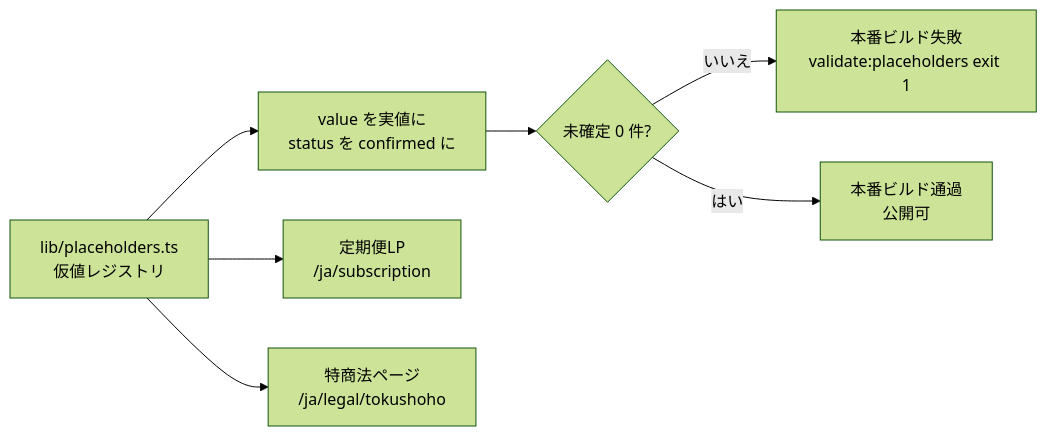
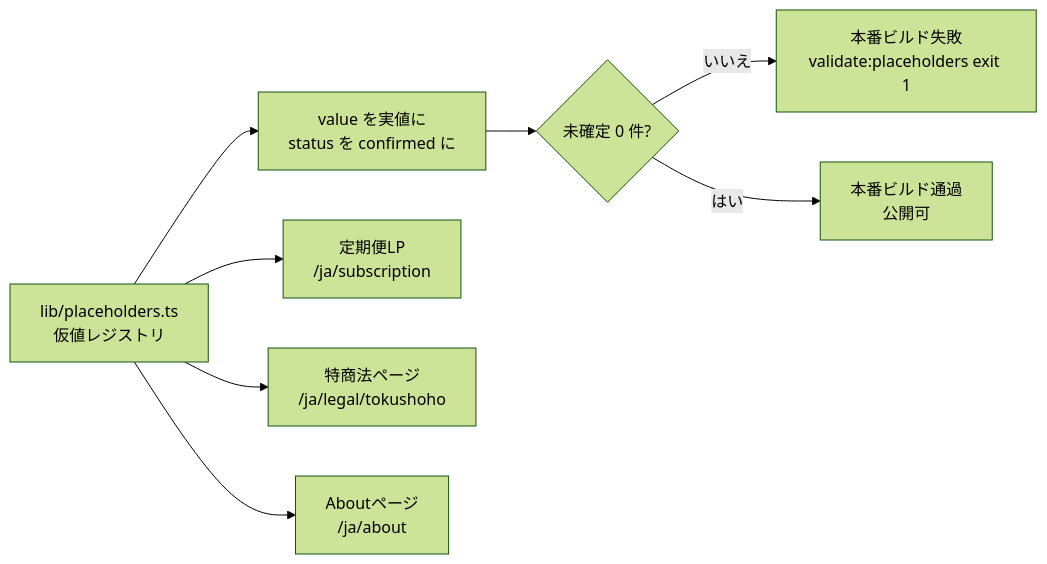
Before and after one commit to elxea/elxea-web-app: the diagram in docs/placeholders.md, drawn with Mermaid (forest theme). The commit also changed other lines of this file and 3 other files, not shown here.

````diff
--- a/docs/placeholders.md
+++ b/docs/placeholders.md
@@ -26,9 +27,10 @@
 ```mermaid
 flowchart LR
   A["lib/placeholders.ts<br/>仮値レジストリ"] --> B["value を実値に<br/>status を confirmed に"]
   B --> C{"未確定 0 件?"}
   C -- いいえ --> D["本番ビルド失敗<br/>validate:placeholders exit 1"]
   C -- はい --> E["本番ビルド通過<br/>公開可"]
   A --> F["定期便LP<br/>/ja/subscription"]
   A --> G["特商法ページ<br/>/ja/legal/tokushoho"]
+  A --> H["Aboutページ<br/>/ja/about"]
 ```
````
